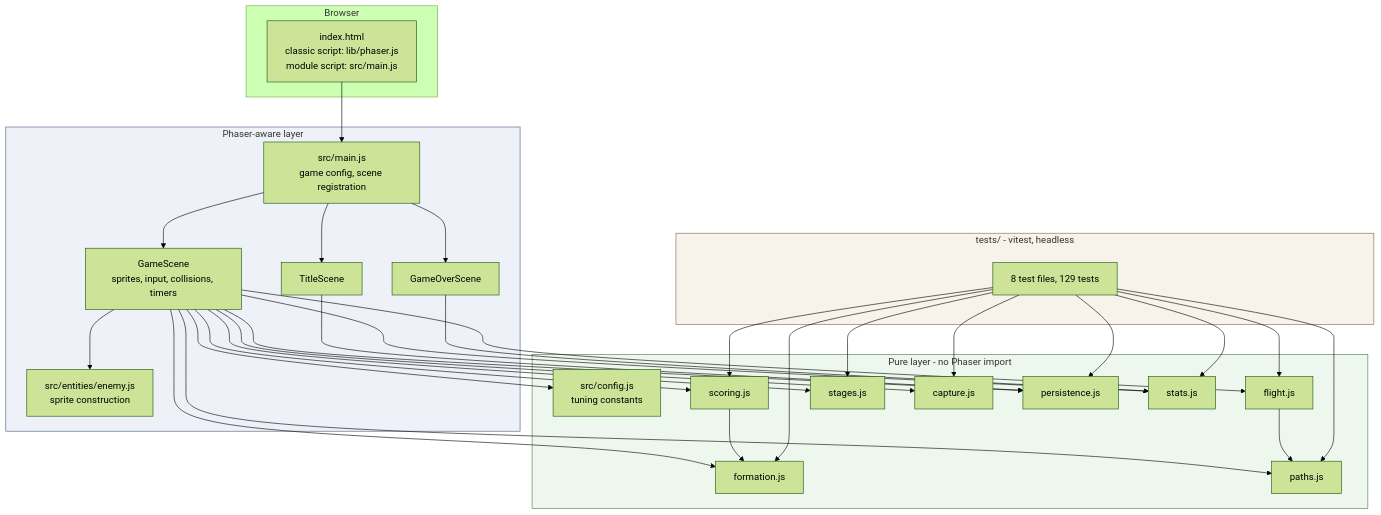
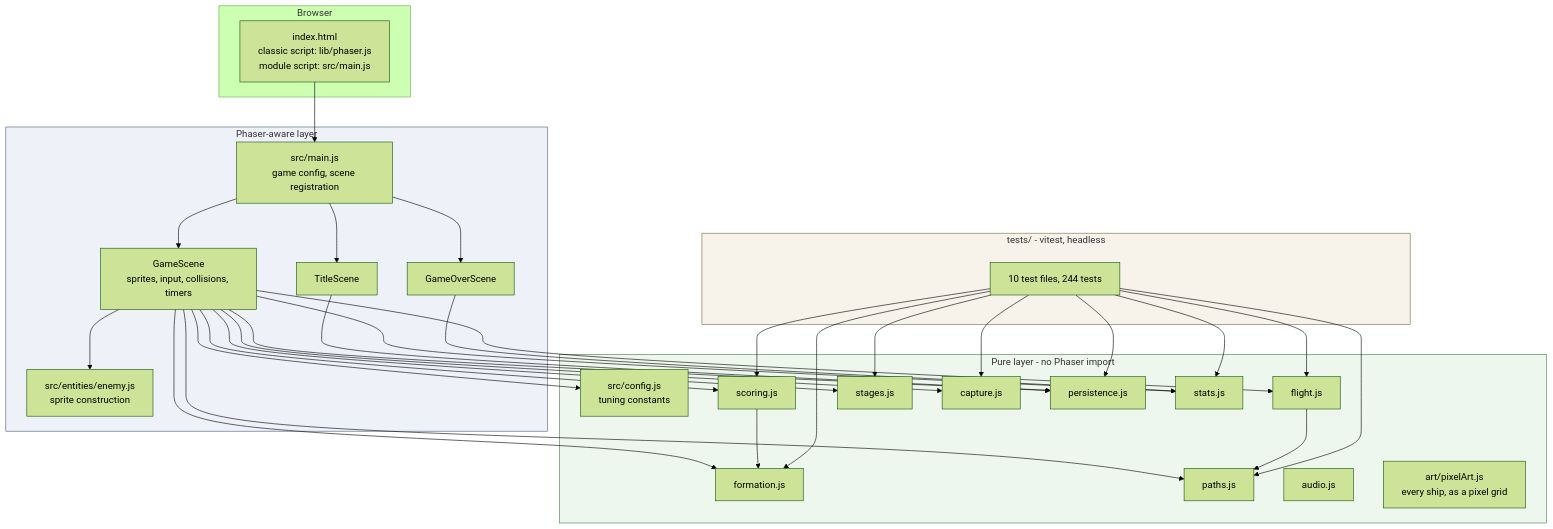
Before and after one commit to jdardash/alien-escape: the first of 3 diagrams in docs/ARCHITECTURE.md, drawn with Mermaid (forest theme). The commit also changed other lines of this file and 32 other files, not shown here.

First line of the commit message:
feat: draw every ship, add the BEST 5 board, and close the last gaps

````diff
--- a/docs/ARCHITECTURE.md
+++ b/docs/ARCHITECTURE.md
@@ -7,62 +7,64 @@
 ```mermaid
 graph TD
     subgraph browser["Browser"]
         HTML["index.html<br/>classic script: lib/phaser.js<br/>module script: src/main.js"]
     end
 
     subgraph phaser["Phaser-aware layer"]
         MAIN["src/main.js<br/>game config, scene registration"]
         TITLE["TitleScene"]
         GAME["GameScene<br/>sprites, input, collisions, timers"]
         OVER["GameOverScene"]
         ENT["src/entities/enemy.js<br/>sprite construction"]
     end
 
     subgraph pure["Pure layer - no Phaser import"]
         CFG["src/config.js<br/>tuning constants"]
         FORM["formation.js"]
         PATHS["paths.js"]
         FLIGHT["flight.js"]
         SCORE["scoring.js"]
         STAGE["stages.js"]
         CAP["capture.js"]
         PERS["persistence.js"]
         STATS["stats.js"]
+        AUDIO["audio.js"]
+        ART["art/pixelArt.js<br/>every ship, as a pixel grid"]
     end
 
     subgraph tests["tests/ - vitest, headless"]
-        T["8 test files, 129 tests"]
+        T["10 test files, 244 tests"]
     end
 
     HTML --> MAIN
     MAIN --> TITLE
     MAIN --> GAME
     MAIN --> OVER
     GAME --> ENT
     GAME --> CFG
     GAME --> FORM
     GAME --> PATHS
     GAME --> FLIGHT
     GAME --> SCORE
     GAME --> STAGE
     GAME --> CAP
     GAME --> PERS
     GAME --> STATS
     TITLE --> PERS
     OVER --> STATS
     FLIGHT --> PATHS
     SCORE --> FORM
 
     T --> FORM
     T --> PATHS
     T --> FLIGHT
     T --> SCORE
     T --> STAGE
     T --> CAP
     T --> PERS
     T --> STATS
 
     style pure fill:#eef7ee,stroke:#4a7c4a
     style phaser fill:#eef1f7,stroke:#4a5c7c
     style tests fill:#f7f3ea,stroke:#7c6a4a
 ```
````
